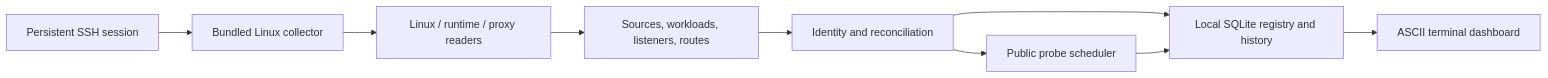
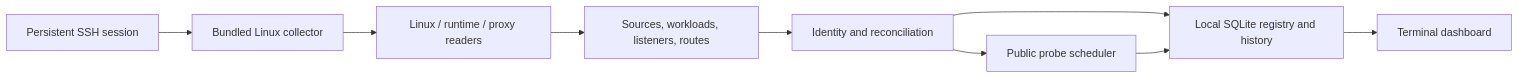
The diagram in docs/discovery.md (Shumair99/host-ops), drawn with Mermaid before and after one commit. The commit also changed other lines of this file and 162 other files, not shown here.

````diff
--- a/docs/discovery.md
+++ b/docs/discovery.md
@@ -5,11 +5,11 @@
 ```mermaid
 flowchart LR
     SSH[Persistent SSH session] --> Collector[Bundled Linux collector]
     Collector --> Readers[Linux / runtime / proxy readers]
     Readers --> Facts[Sources, workloads, listeners, routes]
     Facts --> Reconcile[Identity and reconciliation]
     Reconcile --> SQLite[Local SQLite registry and history]
-    SQLite --> TUI[ASCII terminal dashboard]
+    SQLite --> TUI[Terminal dashboard]
     Reconcile --> Schedule[Public probe scheduler]
     Schedule --> SQLite
 ```
````
